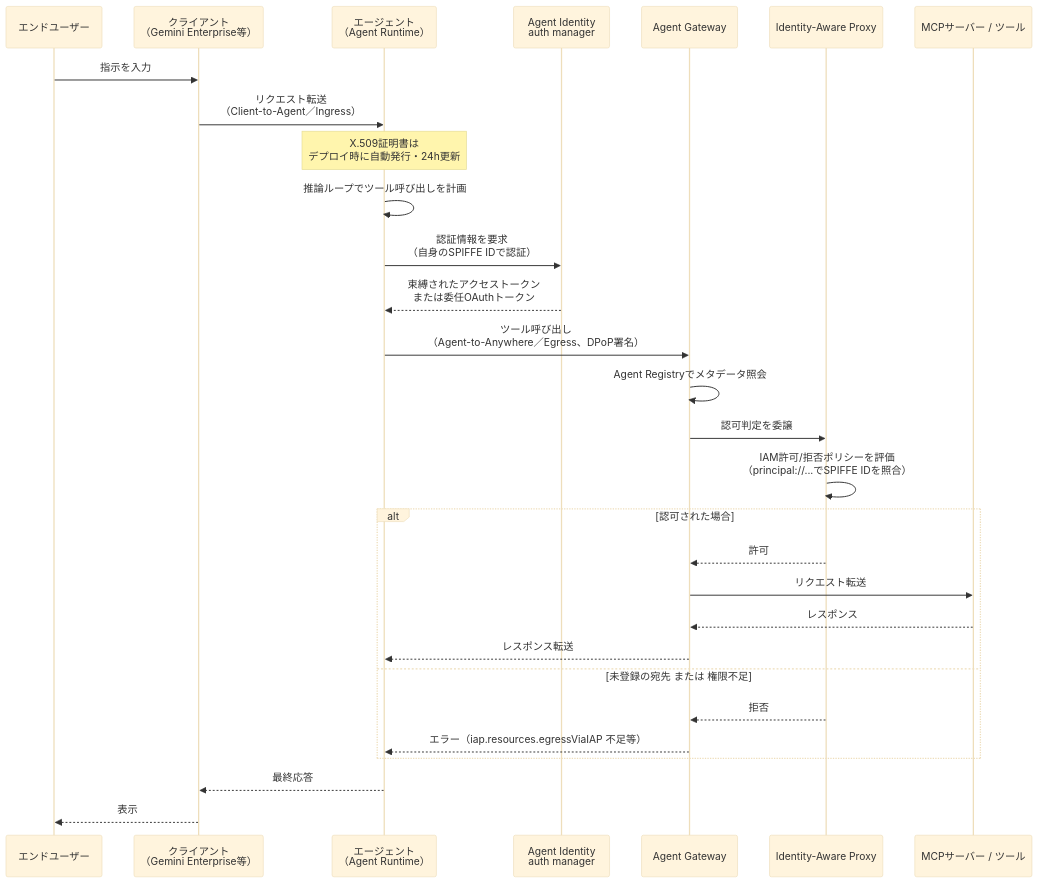
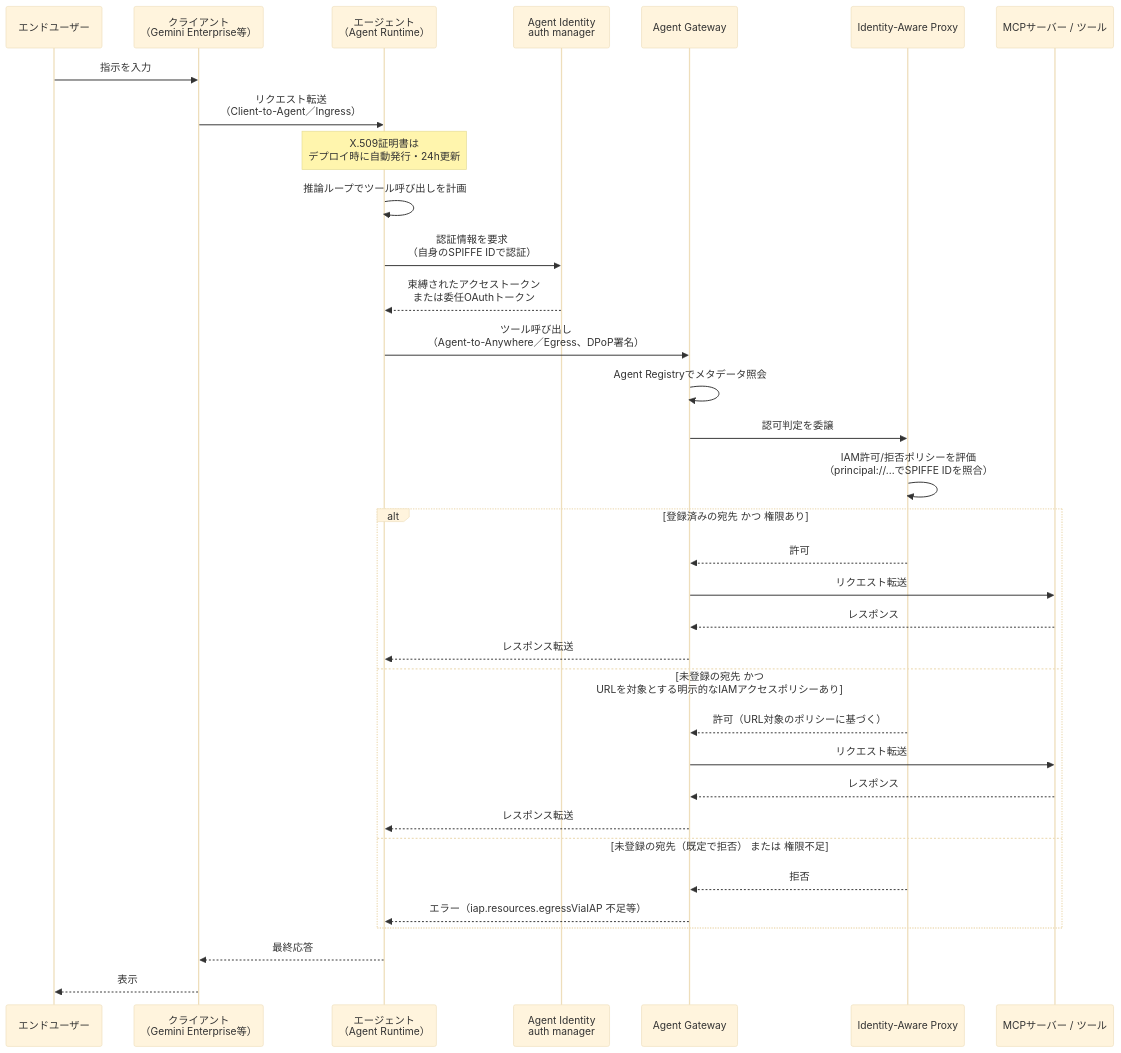
One commit to myoshi2891/Cloud-Infrastructure-and-Network-Studies changed the second of 9 diagrams in archive/Gcl/Professional-Agentic-Architect/Professional-agentic-architect-section5.md. Above: the diagram before and after it, drawn with Mermaid (base theme). The commit also changed other lines of this file and 4 other files, not shown here.

Commit message:
docs(gcl): clarify Agent Gateway VPC-SC support details in section5

````diff
--- a/archive/Gcl/Professional-Agentic-Architect/Professional-agentic-architect-section5.md
+++ b/archive/Gcl/Professional-Agentic-Architect/Professional-agentic-architect-section5.md
@@ -185,32 +185,37 @@
 ```mermaid
 sequenceDiagram
     participant User as エンドユーザー
     participant Client as クライアント<br/>（Gemini Enterprise等）
     participant Agent as エージェント<br/>（Agent Runtime）
     participant AuthMgr as Agent Identity<br/>auth manager
     participant Gateway as Agent Gateway
     participant IAP as Identity-Aware Proxy
     participant Tool as MCPサーバー / ツール
 
     User->>Client: 指示を入力
     Client->>Agent: リクエスト転送<br/>（Client-to-Agent／Ingress）
     Note over Agent: X.509証明書は<br/>デプロイ時に自動発行・24h更新
     Agent->>Agent: 推論ループでツール呼び出しを計画
     Agent->>AuthMgr: 認証情報を要求<br/>（自身のSPIFFE IDで認証）
     AuthMgr-->>Agent: 束縛されたアクセストークン<br/>または委任OAuthトークン
     Agent->>Gateway: ツール呼び出し<br/>（Agent-to-Anywhere／Egress、DPoP署名）
     Gateway->>Gateway: Agent Registryでメタデータ照会
     Gateway->>IAP: 認可判定を委譲
     IAP->>IAP: IAM許可/拒否ポリシーを評価<br/>（principal://...でSPIFFE IDを照合）
-    alt 認可された場合
+    alt 登録済みの宛先 かつ 権限あり
         IAP-->>Gateway: 許可
         Gateway->>Tool: リクエスト転送
         Tool-->>Gateway: レスポンス
         Gateway-->>Agent: レスポンス転送
-    else 未登録の宛先 または 権限不足
+    else 未登録の宛先 かつ URLを対象とする明示的なIAMアクセスポリシーあり
+        IAP-->>Gateway: 許可（URL対象のポリシーに基づく）
+        Gateway->>Tool: リクエスト転送
+        Tool-->>Gateway: レスポンス
+        Gateway-->>Agent: レスポンス転送
+    else 未登録の宛先（既定で拒否） または 権限不足
         IAP-->>Gateway: 拒否
         Gateway-->>Agent: エラー（iap.resources.egressViaIAP 不足等）
     end
     Agent-->>Client: 最終応答
     Client-->>User: 表示
 ```
````
